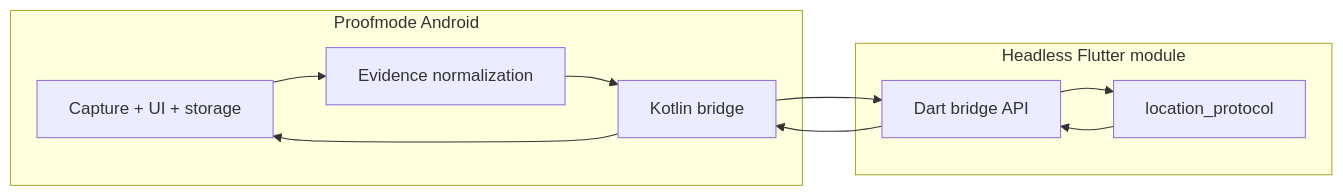
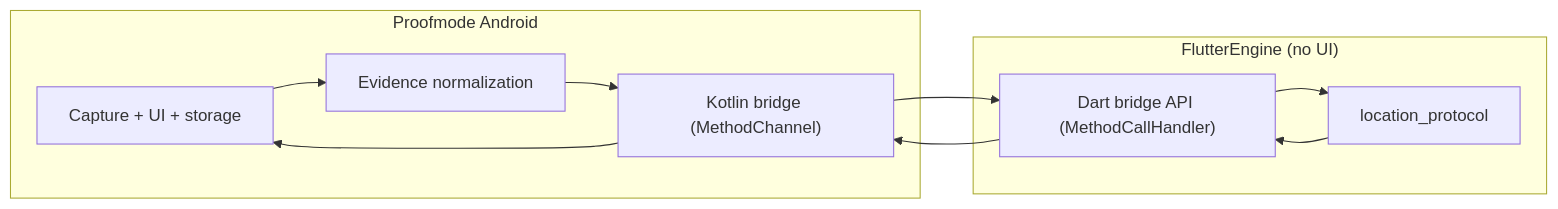
One commit to DecentralizedGeo/location-protocol-dart changed the first of 2 diagrams in doc/guides/how-to-integrate-with-proofmode-android.md. Above: the diagram before and after it, drawn with Mermaid. The commit also changed other lines of this file, not shown here.

First line of the commit message:
Update integration guide with FlutterEngine lifecycle, MethodChannel bridge transport, and background execution constraints

````diff
--- a/doc/guides/how-to-integrate-with-proofmode-android.md
+++ b/doc/guides/how-to-integrate-with-proofmode-android.md
@@ -64,16 +158,16 @@
 ```mermaid
 flowchart LR
   subgraph Proofmode Android
     UI[Capture + UI + storage]
     Evidence[Evidence normalization]
-    Bridge[Kotlin bridge]
+    Bridge["Kotlin bridge (MethodChannel)"]
   end
 
-  subgraph Headless Flutter module
-    API[Dart bridge API]
+  subgraph "FlutterEngine (no UI)"
+    API["Dart bridge API (MethodCallHandler)"]
     LP[location_protocol]
   end
 
   UI --> Evidence --> Bridge --> API --> LP
   LP --> API --> Bridge --> UI
 ```
````
